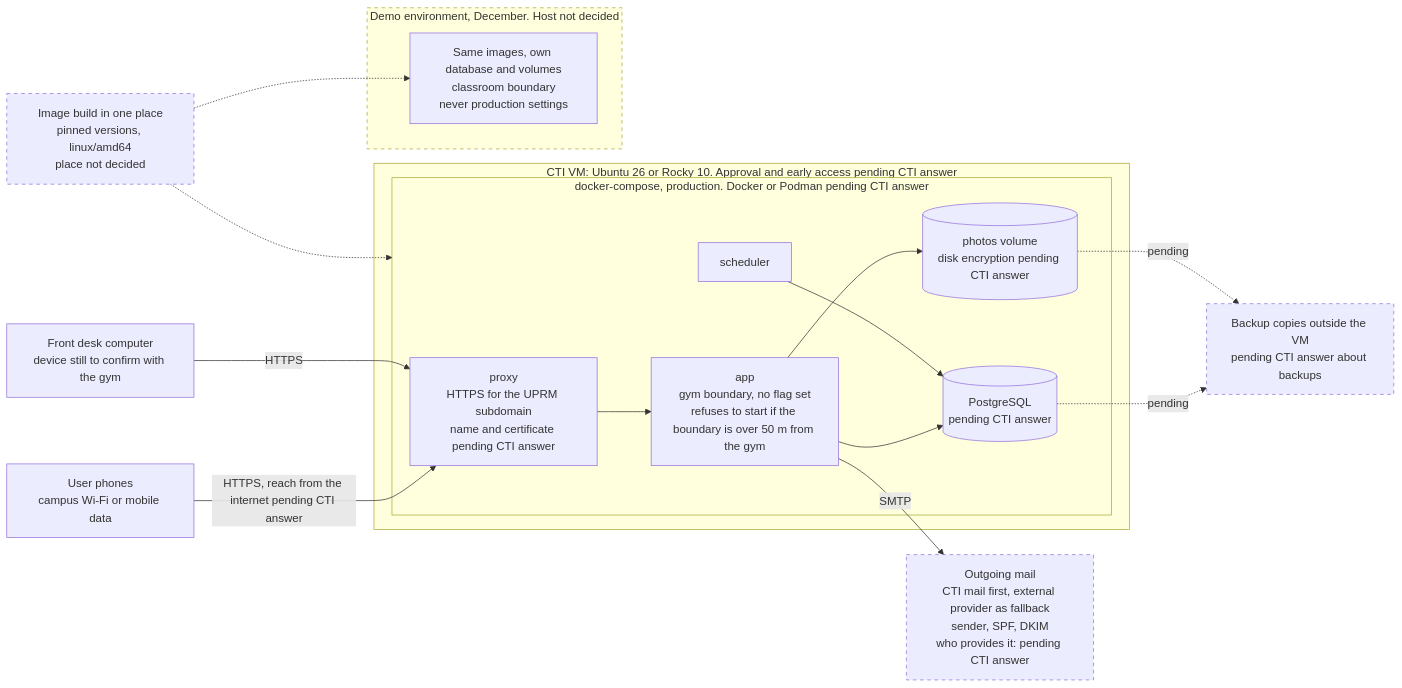
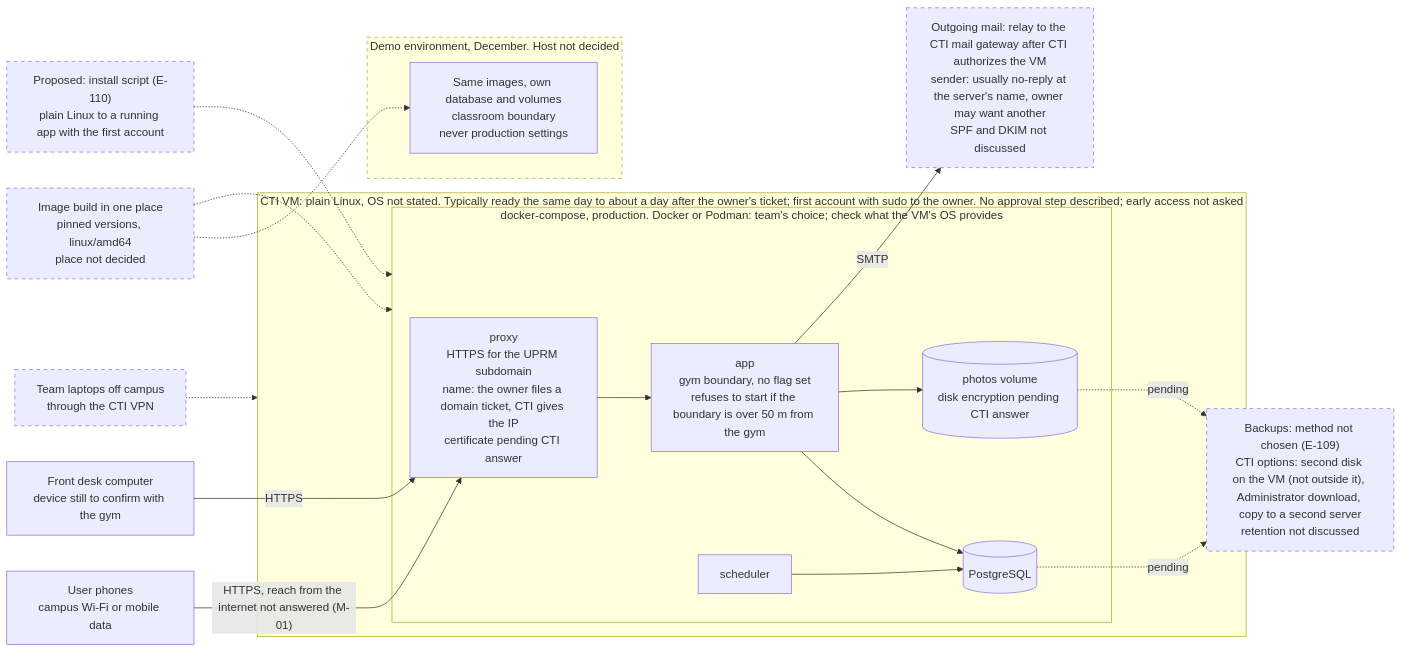
One commit to Th3-Minorities/natatorio-gym-app changed the fourth of 5 diagrams in docs/design/architecture.md. Above: the diagram before and after it, drawn with Mermaid. The commit also changed other lines of this file and 7 other files, not shown here.

````diff
--- a/docs/design/architecture.md
+++ b/docs/design/architecture.md
@@ -157,38 +161,42 @@
 ```mermaid
 flowchart LR
   PHN["User phones<br/>campus Wi-Fi or mobile data"]
   DESK["Front desk computer<br/>device still to confirm with the gym"]
   BUILD["Image build in one place<br/>pinned versions, linux/amd64<br/>place not decided"]
+  LAP["Team laptops off campus<br/>through the CTI VPN"]
+  INST["Proposed: install script (E-110)<br/>plain Linux to a running app with the first account"]
 
-  subgraph VM["CTI VM: Ubuntu 26 or Rocky 10. Approval and early access pending CTI answer"]
-    subgraph PROD["docker-compose, production. Docker or Podman pending CTI answer"]
-      PX2["proxy<br/>HTTPS for the UPRM subdomain<br/>name and certificate pending CTI answer"]
+  subgraph VM["CTI VM: plain Linux, OS not stated. Typically ready the same day to about a day after the owner's ticket; first account with sudo to the owner. No approval step described; early access not asked"]
+    subgraph PROD["docker-compose, production. Docker or Podman: team's choice; check what the VM's OS provides"]
+      PX2["proxy<br/>HTTPS for the UPRM subdomain<br/>name: the owner files a domain ticket, CTI gives the IP<br/>certificate pending CTI answer"]
       APP2["app<br/>gym boundary, no flag set<br/>refuses to start if the boundary is over 50 m from the gym"]
       SCH2["scheduler"]
-      DB2[("PostgreSQL<br/>pending CTI answer")]
+      DB2[("PostgreSQL")]
       PV2[("photos volume<br/>disk encryption pending CTI answer")]
     end
   end
 
   subgraph DEMO["Demo environment, December. Host not decided"]
     DEMOAPP["Same images, own database and volumes<br/>classroom boundary<br/>never production settings"]
   end
 
-  SMTP["Outgoing mail<br/>CTI mail first, external provider as fallback<br/>sender, SPF, DKIM<br/>who provides it: pending CTI answer"]
-  BK2["Backup copies outside the VM<br/>pending CTI answer about backups"]
+  SMTP["Outgoing mail: relay to the CTI mail gateway after CTI authorizes the VM<br/>sender: usually no-reply at the server's name, owner may want another<br/>SPF and DKIM not discussed"]
+  BK2["Backups: method not chosen (E-109)<br/>CTI options: second disk on the VM (not outside it), Administrator download, copy to a second server<br/>retention not discussed"]
 
-  PHN -->|"HTTPS, reach from the internet pending CTI answer"| PX2
+  PHN -->|"HTTPS, reach from the internet not answered (M-01)"| PX2
   DESK -->|"HTTPS"| PX2
   PX2 --> APP2
   APP2 --> DB2
   APP2 --> PV2
   SCH2 --> DB2
   APP2 -->|"SMTP"| SMTP
   DB2 -.->|"pending"| BK2
   PV2 -.->|"pending"| BK2
   BUILD -.-> PROD
   BUILD -.-> DEMOAPP
+  LAP -.-> VM
+  INST -.-> PROD
 
   classDef pending stroke-dasharray: 5 5
-  class SMTP,BK2,BUILD,DEMO pending
+  class SMTP,BK2,BUILD,DEMO,LAP,INST pending
 ```
````
